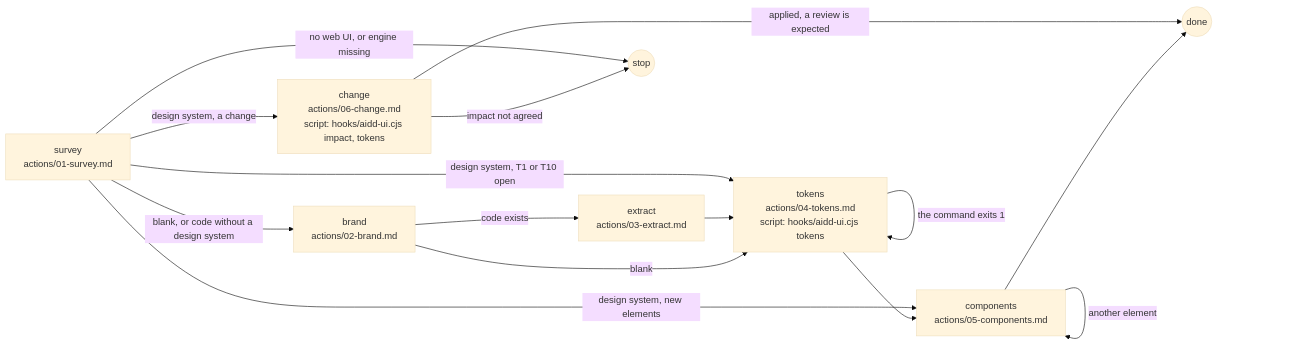
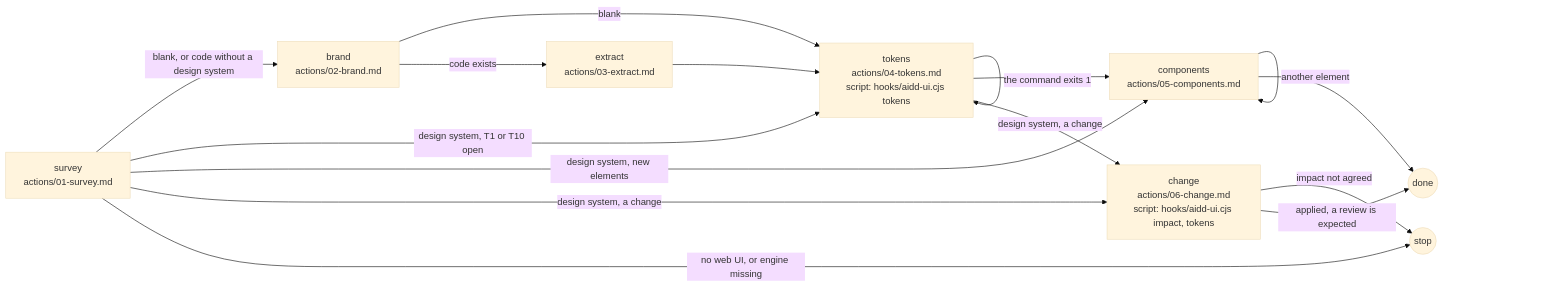
Before and after one commit to ai-driven-dev/framework: the diagram in plugins/aidd-ui/skills/01-system/SKILL.md, drawn with Mermaid (base theme). The commit also changed other lines of this file and 2 other files, not shown here.

First line of the commit message:
docs(aidd-ui): name every flat host and keep the request past the tokens step

````diff
--- a/plugins/aidd-ui/skills/01-system/SKILL.md
+++ b/plugins/aidd-ui/skills/01-system/SKILL.md
@@ -10,17 +10,18 @@
 ```mermaid
 flowchart LR
   survey["survey<br>actions/01-survey.md"] -->|"blank, or code without a design system"| brand["brand<br>actions/02-brand.md"]
   brand -->|"blank"| tokens["tokens<br>actions/04-tokens.md<br>script: hooks/aidd-ui.cjs tokens"]
   brand -->|"code exists"| extract["extract<br>actions/03-extract.md"]
   extract --> tokens
   tokens -->|"the command exits 1"| tokens
   tokens --> components["components<br>actions/05-components.md"]
+  tokens -->|"design system, a change"| change
   components -->|"another element"| components
   components --> done((done))
   survey -->|"design system, T1 or T10 open"| tokens
   survey -->|"design system, new elements"| components
   survey -->|"design system, a change"| change["change<br>actions/06-change.md<br>script: hooks/aidd-ui.cjs impact, tokens"]
   change -->|"impact not agreed"| stop((stop))
   change -->|"applied, a review is expected"| done
   survey -->|"no web UI, or engine missing"| stop
 ```
````
